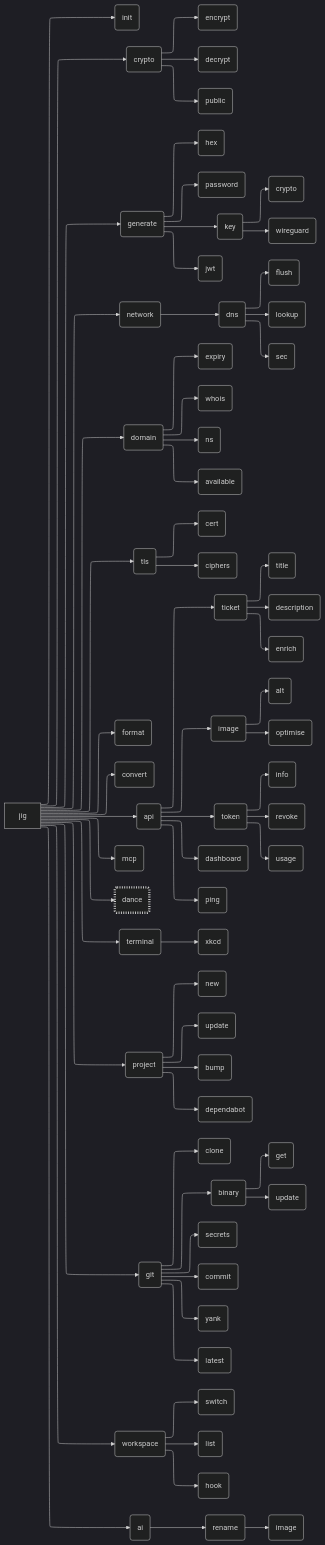
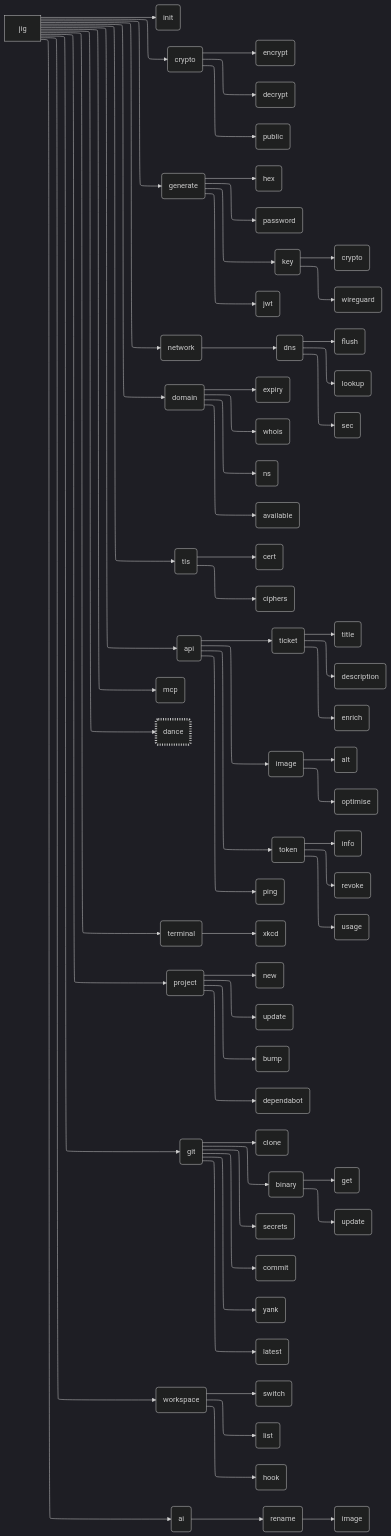
One commit to daveio/jig changed the diagram in README.md. Above: the diagram before and after it, drawn with Mermaid. The commit also changed other lines of this file, not shown here.

````diff
--- a/README.md
+++ b/README.md
@@ -11,76 +11,73 @@
 ```mermaid
 ---
 config:
   theme: dark
   layout: elk
 ---
 graph LR
   jig[jig] --> init(init)
   jig --> crypto(crypto)
     crypto --> cryptoEncrypt(encrypt)
     crypto --> cryptoDecrypt(decrypt)
     crypto --> cryptoPublic(public)
   jig --> generate(generate)
     generate --> generateHex(hex)
     generate --> generatePassword(password)
     generate --> generateKey(key)
       generateKey --> generateKeyCrypto(crypto)
       generateKey --> generateKeyWireguard(wireguard)
     generate --> generateJwt(jwt)
   jig --> network(network)
     network --> networkDns(dns)
       networkDns --> networkDnsFlush(flush)
       networkDns --> networkDnsLookup(lookup)
       networkDns --> networkDnsSec(sec)
   jig --> domain(domain)
     domain --> domainExpiry(expiry)
     domain --> domainWhois(whois)
     domain --> domainNs(ns)
     domain --> domainAvailable(available)
   jig --> tls(tls)
     tls --> tlsCert(cert)
     tls --> tlsCiphers(ciphers)
-  jig --> format(format)
-  jig --> convert(convert)
   jig --> api(api)
     api --> apiTicket(ticket)
       apiTicket --> apiTicketTitle(title)
       apiTicket --> apiTicketDescription(description)
       apiTicket --> apiTicketEnrich(enrich)
     api --> apiImage(image)
       apiImage --> apiImageAlt(alt)
       apiImage --> apiImageOptimise(optimise)
     api --> apiToken(token)
       apiToken --> apiTokenInfo(info)
       apiToken --> apiTokenRevoke(revoke)
       apiToken --> apiTokenUsage(usage)
-    api --> apiDashboard(dashboard)
     api --> apiPing(ping)
   jig --> mcp(mcp)
   jig --> dance(dance)
   jig --> terminal(terminal)
     terminal --> terminalXKCD(xkcd)
   jig --> project(project)
     project --> projectNew(new)
     project --> projectUpdate(update)
     project --> projectBump(bump)
     project --> projectDependabot(dependabot)
   jig --> git(git)
     git --> gitClone(clone)
     git --> gitBinary(binary)
       gitBinary --> gitBinaryGet(get)
       gitBinary --> gitBinaryUpdate(update)
     git --> gitSecrets(secrets)
     git --> gitCommit(commit)
     git --> gitYank(yank)
     git --> gitLatest(latest)
   jig --> workspace(workspace)
     workspace --> workspaceSwitch(switch)
     workspace --> workspaceList(list)
     workspace --> workspaceHook(hook)
   jig --> ai(ai)
     ai --> aiRename(rename)
       aiRename --> aiRenameImage(image)
 
   style dance stroke-dasharray: 2 3,stroke-width: 5px
 ```
````
